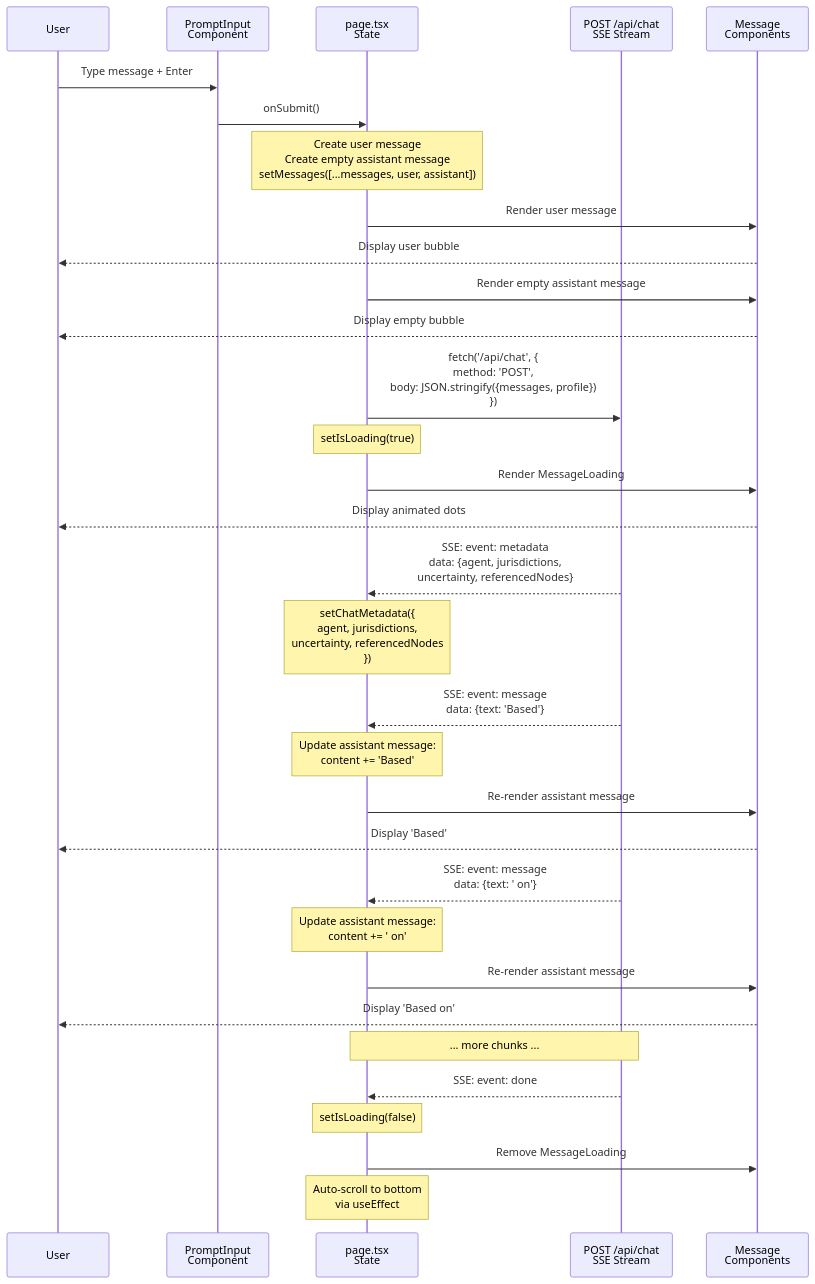
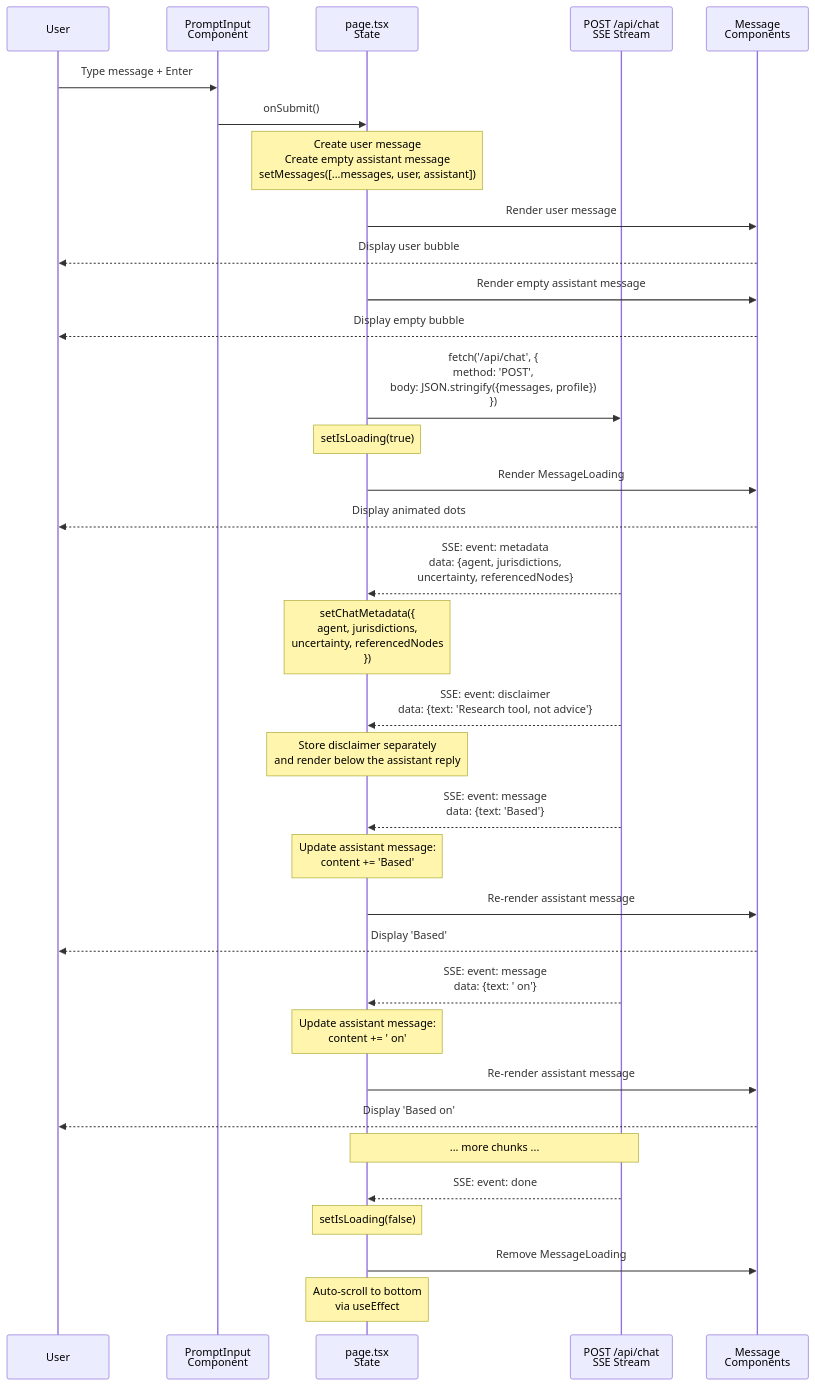
The fourth of 14 diagrams in docs/architecture/architecture_diagrams_v_0_6.md (airnub-labs/regulatory-intelligence-copilot), drawn with Mermaid before and after one commit. The commit also changed 1 other file, not shown here.

Commit message:
Document disclaimer SSE event

````diff
--- a/docs/architecture/architecture_diagrams_v_0_6.md
+++ b/docs/architecture/architecture_diagrams_v_0_6.md
@@ -287,47 +287,50 @@
 ```mermaid
 sequenceDiagram
     participant User
     participant Input as PromptInput<br/>Component
     participant Page as page.tsx<br/>State
     participant API as POST /api/chat<br/>SSE Stream
     participant Message as Message<br/>Components
 
     User->>Input: Type message + Enter
 
     Input->>Page: onSubmit()
 
     Note over Page: Create user message<br/>Create empty assistant message<br/>setMessages([...messages, user, assistant])
 
     Page->>Message: Render user message
     Message-->>User: Display user bubble
 
     Page->>Message: Render empty assistant message
     Message-->>User: Display empty bubble
 
     Page->>API: fetch('/api/chat', {<br/>  method: 'POST',<br/>  body: JSON.stringify({messages, profile})<br/>})
 
     Note over Page: setIsLoading(true)
     Page->>Message: Render MessageLoading
     Message-->>User: Display animated dots
 
     API-->>Page: SSE: event: metadata<br/>data: {agent, jurisdictions,<br/>uncertainty, referencedNodes}
     Note over Page: setChatMetadata({<br/>  agent, jurisdictions,<br/>  uncertainty, referencedNodes<br/>})
 
+    API-->>Page: SSE: event: disclaimer<br/>data: {text: 'Research tool, not advice'}
+    Note over Page: Store disclaimer separately<br/>and render below the assistant reply
+
     API-->>Page: SSE: event: message<br/>data: {text: 'Based'}
     Note over Page: Update assistant message:<br/>content += 'Based'
     Page->>Message: Re-render assistant message
     Message-->>User: Display 'Based'
 
     API-->>Page: SSE: event: message<br/>data: {text: ' on'}
     Note over Page: Update assistant message:<br/>content += ' on'
     Page->>Message: Re-render assistant message
     Message-->>User: Display 'Based on'
 
     Note over API,Page: ... more chunks ...
 
     API-->>Page: SSE: event: done
     Note over Page: setIsLoading(false)
     Page->>Message: Remove MessageLoading
 
     Note over Page: Auto-scroll to bottom<br/>via useEffect
 ```
````
